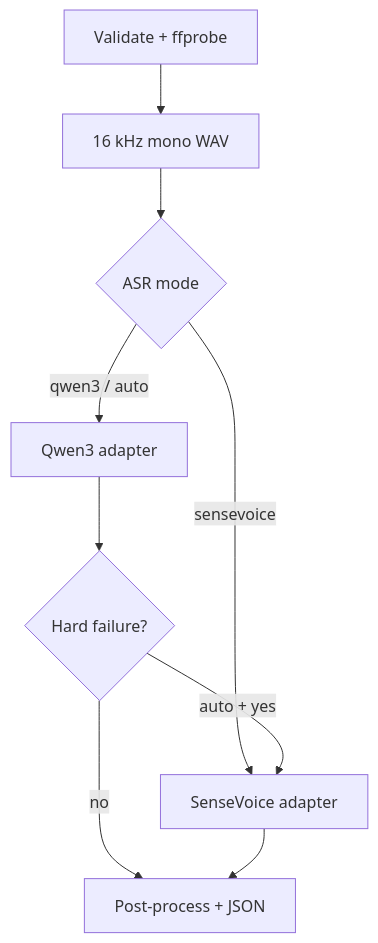
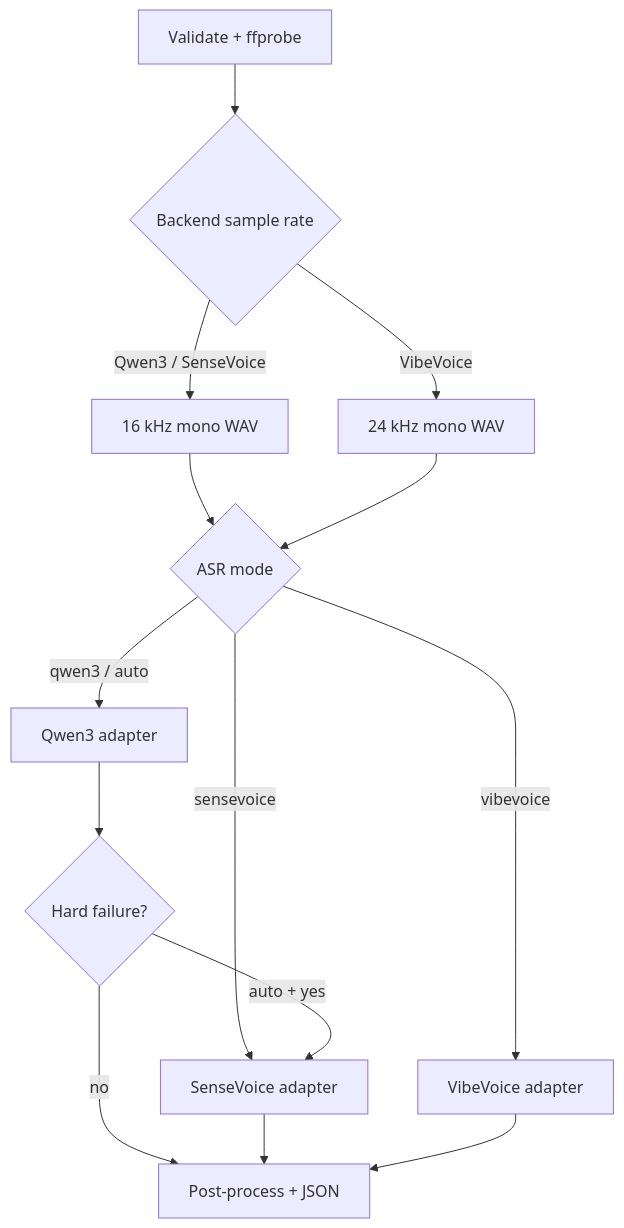
The second of 3 diagrams in ARCHITECTURE.md (chau-hm/meeting-recording-processor), drawn with Mermaid before and after one commit. The commit also changed other lines of this file and 21 other files, not shown here.

````diff
--- a/ARCHITECTURE.md
+++ b/ARCHITECTURE.md
@@ -25,11 +25,16 @@
 ```mermaid
 flowchart TD
-    A["Validate + ffprobe"] --> B["16 kHz mono WAV"]
-    B --> C{"ASR mode"}
-    C -->|"qwen3 / auto"| D["Qwen3 adapter"]
-    C -->|"sensevoice"| E["SenseVoice adapter"]
-    D --> F{"Hard failure?"}
-    F -->|"auto + yes"| E
-    F -->|"no"| G["Post-process + JSON"]
-    E --> G
+    A["Validate + ffprobe"] --> B{"Backend sample rate"}
+    B -->|"Qwen3 / SenseVoice"| C["16 kHz mono WAV"]
+    B -->|"VibeVoice"| D["24 kHz mono WAV"]
+    C --> E{"ASR mode"}
+    D --> E
+    E -->|"qwen3 / auto"| F["Qwen3 adapter"]
+    E -->|"sensevoice"| G["SenseVoice adapter"]
+    E -->|"vibevoice"| H["VibeVoice adapter"]
+    F --> I{"Hard failure?"}
+    I -->|"auto + yes"| G
+    I -->|"no"| J["Post-process + JSON"]
+    G --> J
+    H --> J
 ```
````
